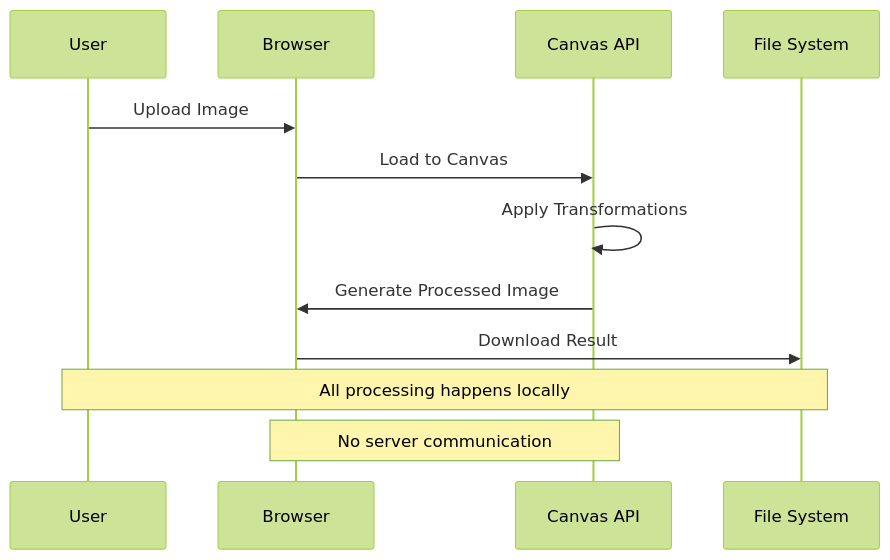
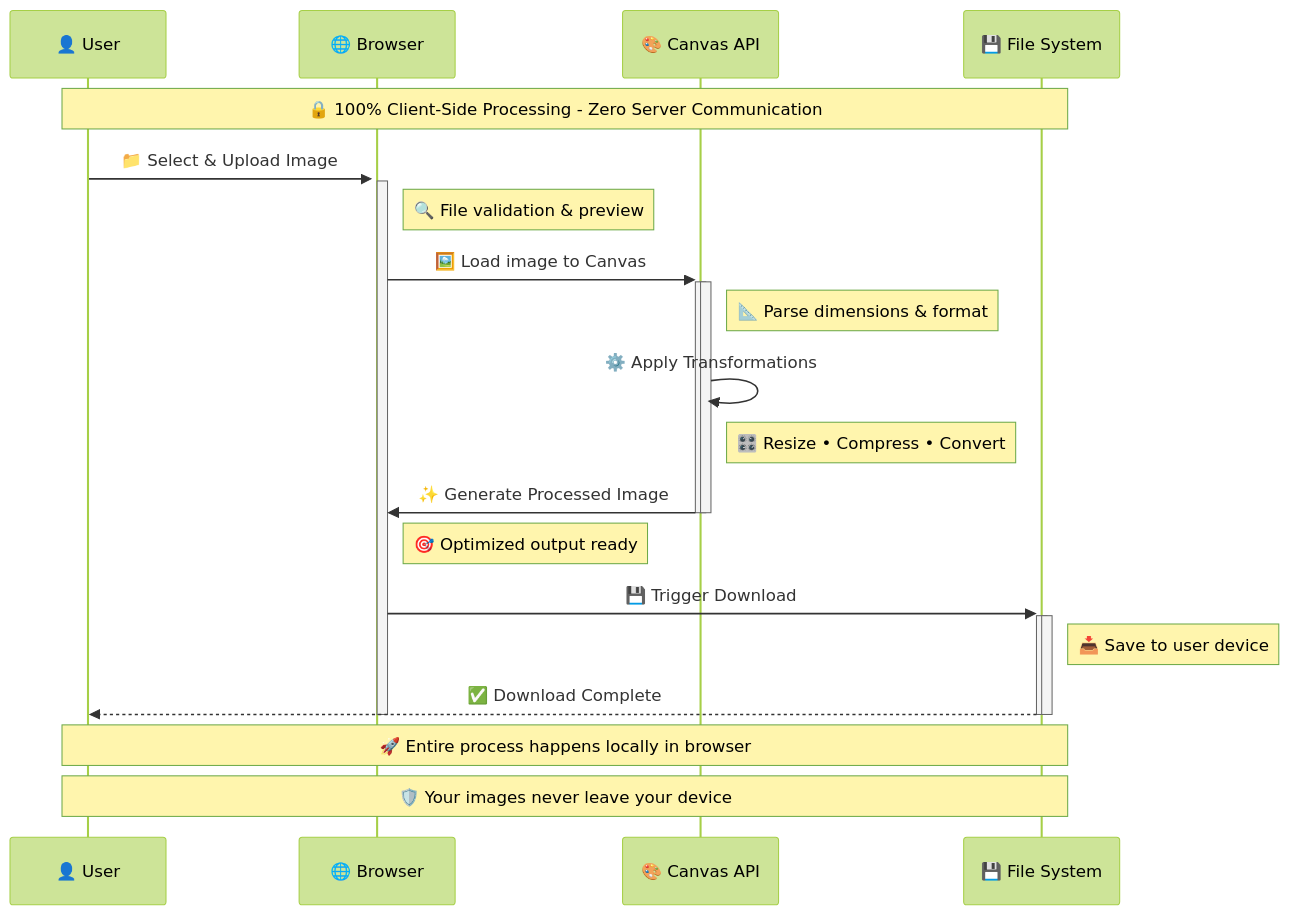
The second of 8 diagrams in README.md (27bhd/Pixscaler), drawn with Mermaid (forest theme) before and after one commit. The commit also changed other lines of this file, not shown here.

Commit message:
✨ Enhanced Mermaid diagrams with professional styling and detailed annotations

````diff
--- a/README.md
+++ b/README.md
@@ -89,16 +89,35 @@
 ```mermaid
 sequenceDiagram
-    participant U as User
-    participant B as Browser
-    participant C as Canvas API
-    participant F as File System
+    participant U as 👤 User
+    participant B as 🌐 Browser
+    participant C as 🎨 Canvas API
+    participant F as 💾 File System
     
-    U->>B: Upload Image
-    B->>C: Load to Canvas
-    C->>C: Apply Transformations
-    C->>B: Generate Processed Image
-    B->>F: Download Result
+    Note over U,F: 🔒 100% Client-Side Processing - Zero Server Communication
     
-    Note over U,F: All processing happens locally
-    Note over B,C: No server communication
+    U->>+B: 📁 Select & Upload Image
+    activate B
+    Note right of B: 🔍 File validation & preview
+    
+    B->>+C: 🖼️ Load image to Canvas
+    activate C
+    Note right of C: 📐 Parse dimensions & format
+    
+    C->>C: ⚙️ Apply Transformations
+    Note right of C: 🎛️ Resize • Compress • Convert
+    
+    C->>-B: ✨ Generate Processed Image
+    deactivate C
+    Note right of B: 🎯 Optimized output ready
+    
+    B->>+F: 💾 Trigger Download
+    activate F
+    Note right of F: 📥 Save to user device
+    
+    F-->>-U: ✅ Download Complete
+    deactivate F
+    deactivate B
+    
+    Note over U,F: 🚀 Entire process happens locally in browser
+    Note over U,F: 🛡️ Your images never leave your device
 ```
````
